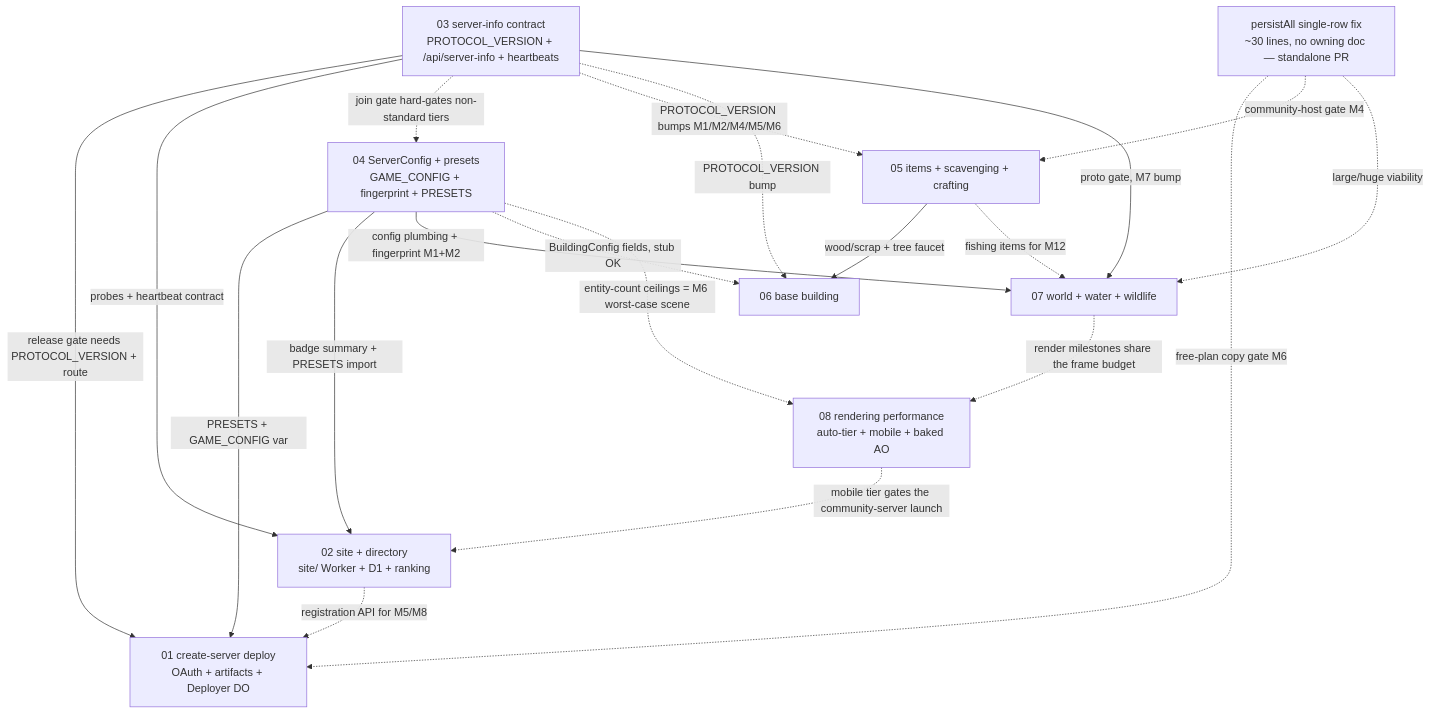
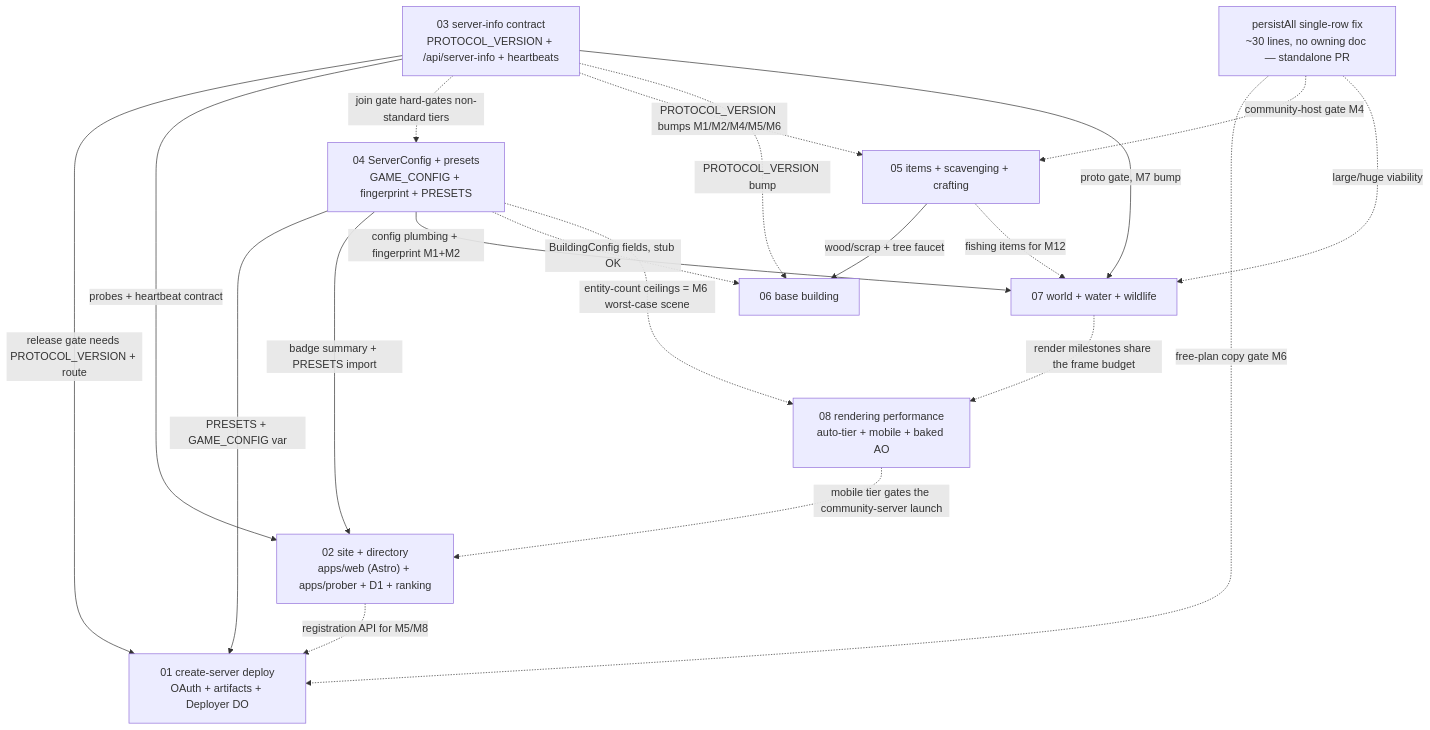
Before and after one commit to overra/worldspring: the diagram in docs/plans/README.md, drawn with Mermaid. The commit also changed other lines of this file and 9 other files, not shown here.

````diff
--- a/docs/plans/README.md
+++ b/docs/plans/README.md
@@ -63,32 +63,32 @@
 ```mermaid
 graph TD
     P["persistAll single-row fix<br/>~30 lines, no owning doc — standalone PR"]
     D03["03 server-info contract<br/>PROTOCOL_VERSION + /api/server-info + heartbeats"]
     D04["04 ServerConfig + presets<br/>GAME_CONFIG + fingerprint + PRESETS"]
     D01["01 create-server deploy<br/>OAuth + artifacts + Deployer DO"]
-    D02["02 site + directory<br/>site/ Worker + D1 + ranking"]
+    D02["02 site + directory<br/>apps/web (Astro) + apps/prober + D1 + ranking"]
     D05["05 items + scavenging + crafting"]
     D06["06 base building"]
     D07["07 world + water + wildlife"]
     D08["08 rendering performance<br/>auto-tier + mobile + baked AO"]
 
     D03 -->|release gate needs PROTOCOL_VERSION + route| D01
     D03 -->|probes + heartbeat contract| D02
     D04 -->|PRESETS + GAME_CONFIG var| D01
     D04 -->|badge summary + PRESETS import| D02
     D03 -.->|join gate hard-gates non-standard tiers| D04
     D03 -.->|PROTOCOL_VERSION bumps M1/M2/M4/M5/M6| D05
     D03 -.->|PROTOCOL_VERSION bump| D06
     D03 -->|proto gate, M7 bump| D07
     D04 -->|config plumbing + fingerprint M1+M2| D07
     D04 -.->|BuildingConfig fields, stub OK| D06
     D05 -->|wood/scrap + tree faucet| D06
     D05 -.->|fishing items for M12| D07
     D02 -.->|registration API for M5/M8| D01
     P -.->|free-plan copy gate M6| D01
     P -.->|community-host gate M4| D05
     P -.->|large/huge viability| D07
     D04 -.->|entity-count ceilings = M6 worst-case scene| D08
     D07 -.->|render milestones share the frame budget| D08
     D08 -.->|mobile tier gates the community-server launch| D02
 ```
````
